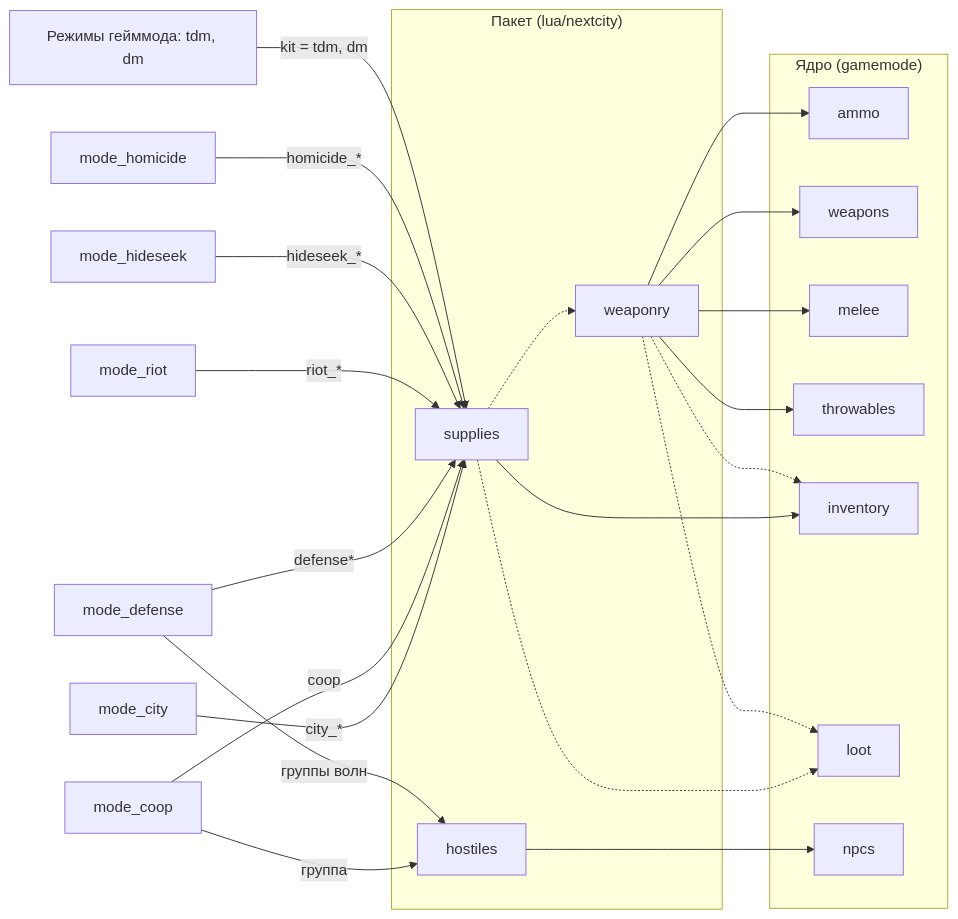
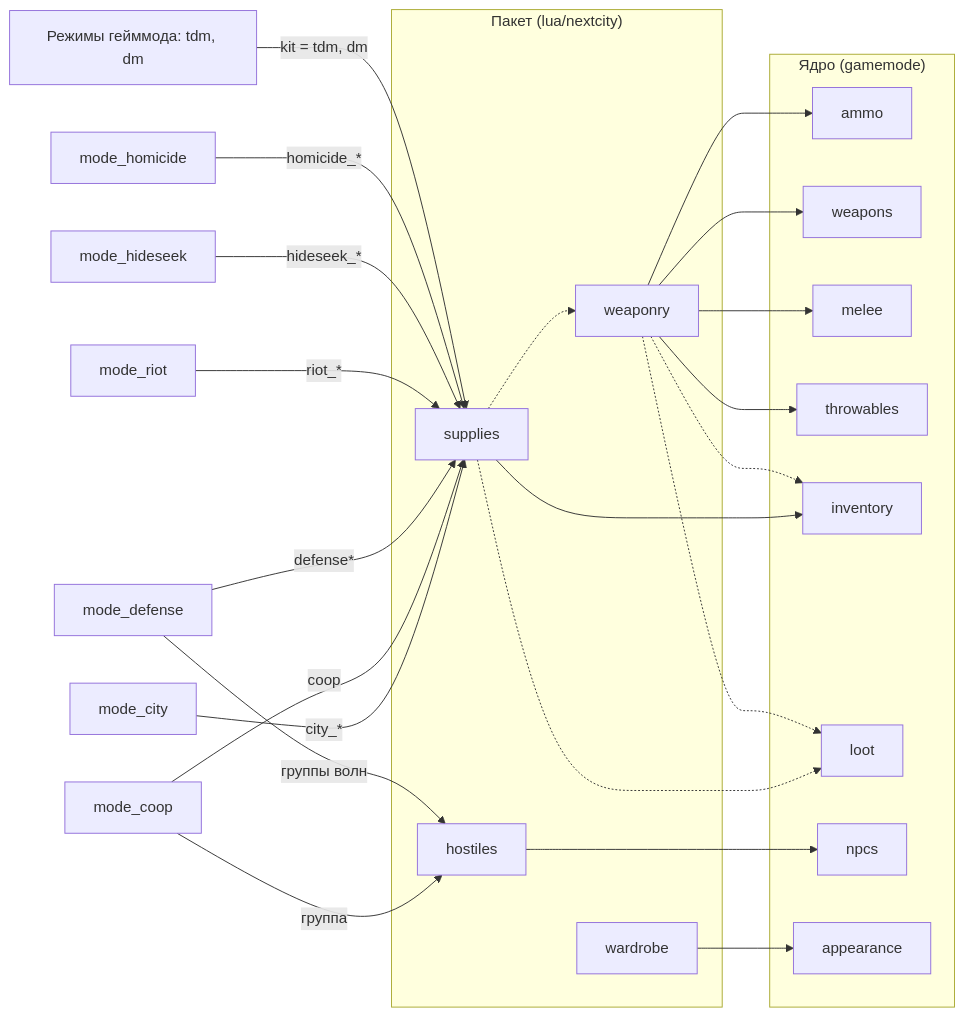
Before and after one commit to vovawees/Next-City: the diagram in lua/nextcity/README.md, drawn with Mermaid. The commit also changed other lines of this file and 36 other files, not shown here.

````diff
--- a/lua/nextcity/README.md
+++ b/lua/nextcity/README.md
@@ -33,22 +35,23 @@
 ```mermaid
 flowchart LR
 	subgraph core["Ядро (gamemode)"]
-		A[ammo] & W[weapons] & M[melee] & T[throwables] & I[inventory] & L[loot] & N[npcs]
+		A[ammo] & W[weapons] & M[melee] & T[throwables] & I[inventory] & L[loot] & N[npcs] & AP[appearance]
 	end
 	subgraph pack["Пакет (lua/nextcity)"]
 		WY[weaponry] --> A & W & M & T
 		WY -.-> I & L
 		S[supplies] --> I
 		S -.-> L & WY
 		HO[hostiles] --> N
+		WR[wardrobe] --> AP
 	end
 	R["Режимы гейммода: tdm, dm"] -- "kit = tdm, dm" --> S
 	H[mode_homicide] -- "homicide_*" --> S
 	HS[mode_hideseek] -- "hideseek_*" --> S
 	RT[mode_riot] -- "riot_*" --> S
 	D[mode_defense] -- "defense*" --> S
 	D -- "группы волн" --> HO
 	C[mode_coop] -- "coop" --> S
 	C -- "группа" --> HO
 	CT[mode_city] -- "city_*" --> S
 ```
````
